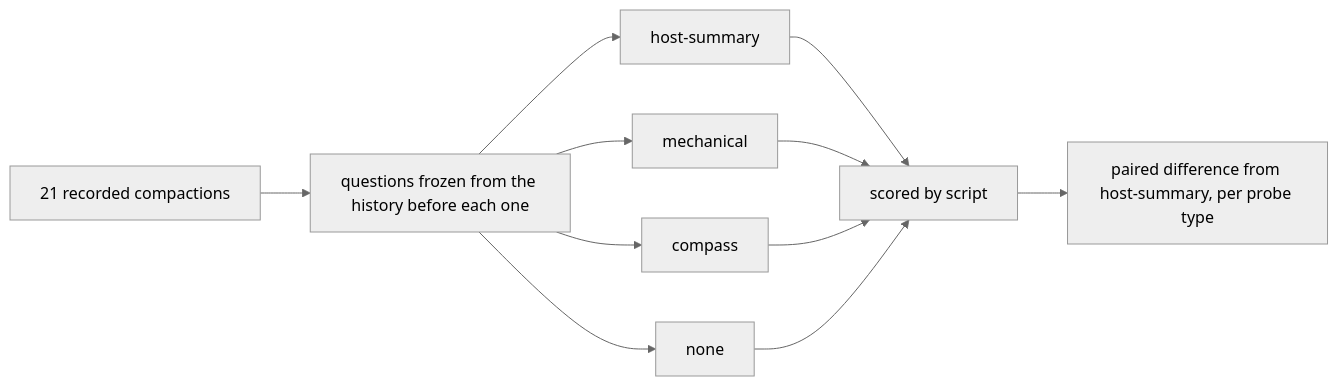
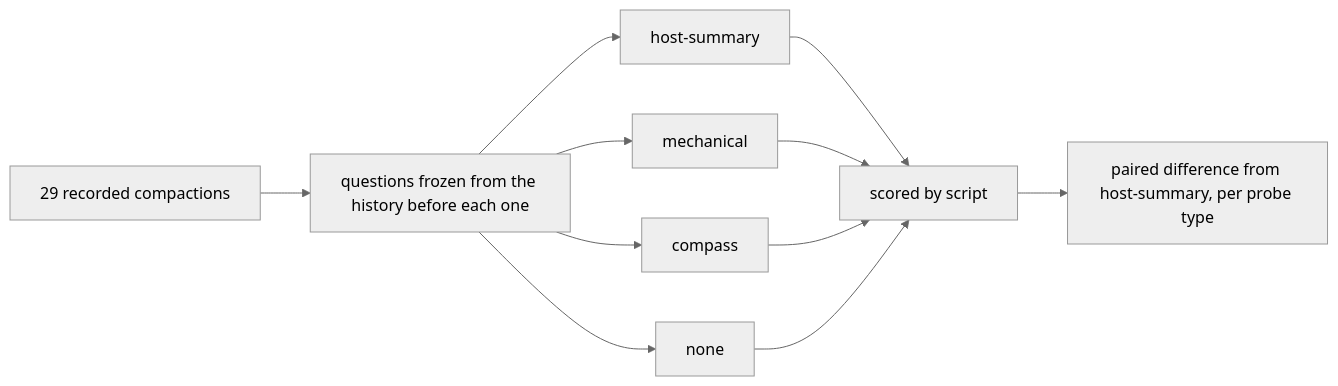
Before and after one commit to hodor/claude-compass: the diagram in .compass/research/pipeline/compaction-survival/RESEARCH-probe-arm-comparison.md, drawn with Mermaid (neutral theme). The commit also changed other lines of this file and 1 other file, not shown here.

First line of the commit message:
Extend the probe arm comparison to 29 recorded compactions

````diff
--- a/.compass/research/pipeline/compaction-survival/RESEARCH-probe-arm-comparison.md
+++ b/.compass/research/pipeline/compaction-survival/RESEARCH-probe-arm-comparison.md
@@ -19,13 +19,13 @@
 ```mermaid
 flowchart LR
-    P["21 recorded compactions"] --> Q["questions frozen from the history before each one"]
+    P["29 recorded compactions"] --> Q["questions frozen from the history before each one"]
     Q --> A1["host-summary"]
     Q --> A2["mechanical"]
     Q --> A3["compass"]
     Q --> A4["none"]
     A1 --> G["scored by script"]
     A2 --> G
     A3 --> G
     A4 --> G
     G --> D["paired difference from host-summary, per probe type"]
 ```
````
